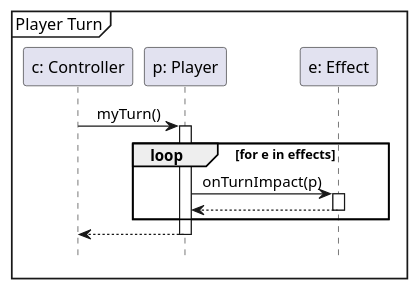
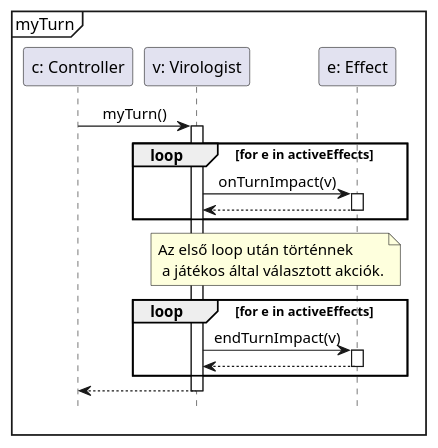
One commit to Tschonti/503-service-unavailable changed the diagram in docs/myTurn.puml. Above: the diagram before and after it, drawn with PlantUML. The commit also changed 3 other files, not shown here.

```diff
--- a/docs/myTurn.puml
+++ b/docs/myTurn.puml
@@ -1,17 +1,23 @@
 @startuml
 
 hide footbox
 skinparam sequenceMessageAlign center
 
-mainframe Player Turn
+mainframe myTurn
 
 participant "c: Controller" as c
-participant "p: Player" as p
+participant "v: Virologist" as v
 participant "e: Effect" as e
-c -> p ++ : myTurn()
-    loop for e in effects
-        p -> e ++ : onTurnImpact(p)
+c -> v ++ : myTurn()
+    loop for e in activeEffects
+        v -> e ++ : onTurnImpact(v)
         return
     end
+    note over v,e: Az első loop után történnek\n a játékos által választott akciók.
+    loop for e in activeEffects
+        v -> e ++ : endTurnImpact(v)
+        return
+    end
+
 return
 @enduml
```
